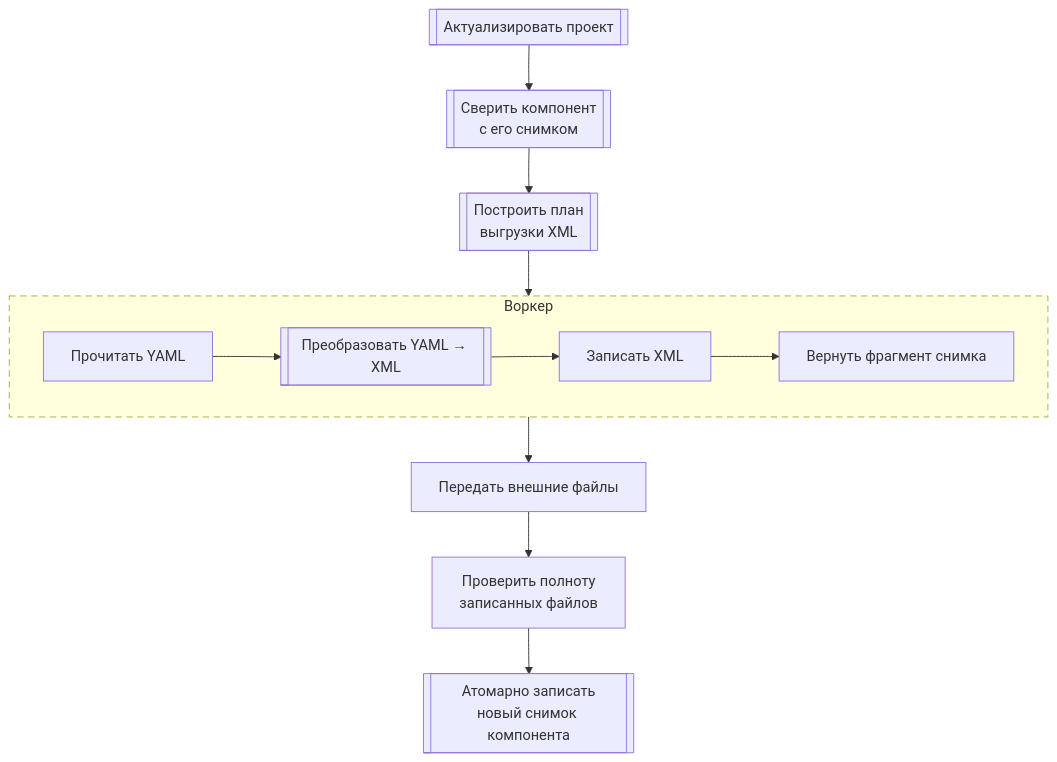
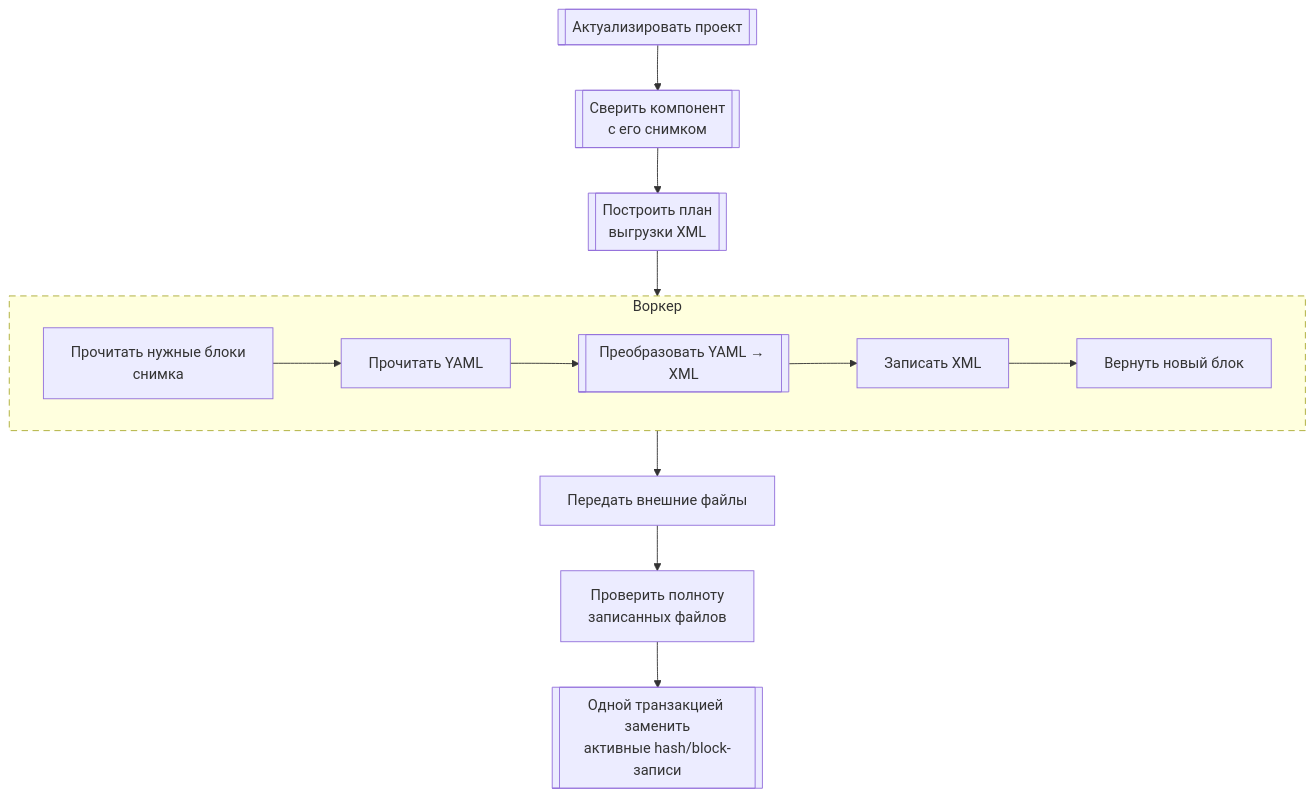
The eighth of 11 diagrams in .agents/architecture.md (crimsongoldteam/nkdk), drawn with Mermaid before and after one commit. The commit also changed other lines of this file and 1 other file, not shown here.

First line of the commit message:
docs: :memo: описать переход снимка компонента на LMDB

````diff
--- a/.agents/architecture.md
+++ b/.agents/architecture.md
@@ -256,18 +272,18 @@
 ```mermaid
 flowchart TD
   validate[["Актуализировать проект"]]
   target[["Сверить компонент<br/>с его снимком"]]
   plan[["Построить план<br/>выгрузки XML"]]
 
   subgraph fullSyncJob["Воркер"]
     direction LR
-    readYaml["Прочитать YAML"] --> toXml[["Преобразовать YAML → XML"]] --> writeXml["Записать XML"] --> fragment["Вернуть фрагмент снимка"]
+    readBlocks["Прочитать нужные блоки<br/>снимка"] --> readYaml["Прочитать YAML"] --> toXml[["Преобразовать YAML → XML"]] --> writeXml["Записать XML"] --> fragment["Вернуть новый блок"]
   end
 
   external["Передать внешние файлы"]
   check["Проверить полноту<br/>записанных файлов"]
-  snapshot[["Атомарно записать<br/>новый снимок компонента"]]
+  snapshot[["Одной транзакцией заменить<br/>активные hash/block-записи"]]
 
   validate --> target --> plan --> fullSyncJob --> external --> check --> snapshot
   style fullSyncJob stroke-dasharray: 7 5
 ```
````
